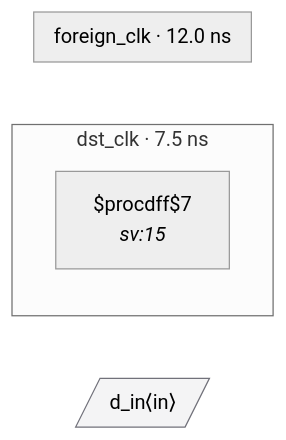
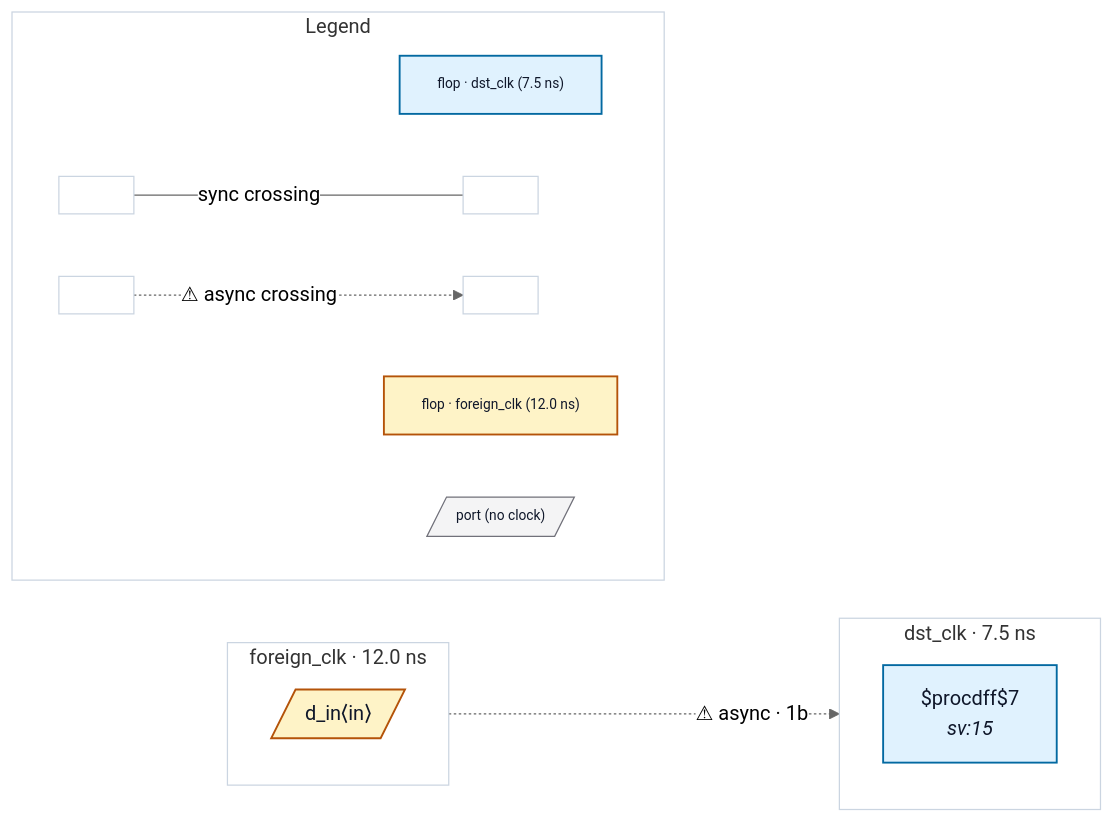
The diagram in tests/fixtures/bad_port_no_sync/README.md (rtl-buddy/rtl-buddy-cdc), drawn with Mermaid (neutral theme) before and after one commit. The commit also changed 71 other files, not shown here.

First line of the commit message:
Refresh fixture READMEs + render iterations (colors, legend, nested ports, clock-net edges)

````diff
--- a/tests/fixtures/bad_port_no_sync/README.md
+++ b/tests/fixtures/bad_port_no_sync/README.md
@@ -14,13 +14,39 @@
 ```mermaid
 %% bad_port_no_sync — generated by rtl-buddy-cdc render
 flowchart LR
   subgraph clk_dst_clk["dst_clk · 7.5 ns"]
     direction TB
-    f_81e0abed["$procdff$7<br/><i>sv:15</i>"]
+    f_81e0abed["$procdff$7<br/><i>sv:15</i>"]:::ckcls_dst_clk
   end
   subgraph clk_foreign_clk["foreign_clk · 12.0 ns"]
     direction TB
+    p_in_d_in[/"d_in⟨in⟩"/]:::ckcls_foreign_clk
   end
-  p_in_d_in[/"d_in⟨in⟩"/]:::port
-  classDef port fill:#f4f4f5,stroke:#71717a
+  p_in_d_in -. "⚠ async · 1b" .-> f_81e0abed
+  subgraph rb_legend["Legend"]
+    direction LR
+    lg_clk_dst_clk["flop · dst_clk (7.5 ns)"]:::ckcls_dst_clk
+    lg_clk_foreign_clk["flop · foreign_clk (12.0 ns)"]:::ckcls_foreign_clk
+    lg_port[/"port (no clock)"/]:::port_unassigned
+    lg_sync_a[" "]:::ckcls_legend_neutral
+    lg_sync_b[" "]:::ckcls_legend_neutral
+    lg_async_a[" "]:::ckcls_legend_neutral
+    lg_async_b[" "]:::ckcls_legend_neutral
+    lg_sync_a --- |"sync crossing"| lg_sync_b
+    lg_async_a -. "⚠ async crossing" .-> lg_async_b
+  end
+  style clk_dst_clk fill:none,stroke:#cbd5e1
+  style clk_foreign_clk fill:none,stroke:#cbd5e1
+  style rb_legend fill:none,stroke:#cbd5e1
+  style lg_clk_dst_clk font-size:11px
+  style lg_clk_foreign_clk font-size:11px
+  style lg_port font-size:11px
+  style lg_sync_a font-size:11px
+  style lg_sync_b font-size:11px
+  style lg_async_a font-size:11px
+  style lg_async_b font-size:11px
+  classDef ckcls_dst_clk fill:#e0f2fe,stroke:#0369a1,stroke-width:1.5px,color:#0f172a
+  classDef ckcls_foreign_clk fill:#fef3c7,stroke:#b45309,stroke-width:1.5px,color:#0f172a
+  classDef port_unassigned fill:#f4f4f5,stroke:#71717a,color:#0f172a
+  classDef ckcls_legend_neutral fill:#ffffff,stroke:#cbd5e1,stroke-width:1px,color:#0f172a
 ```
````
